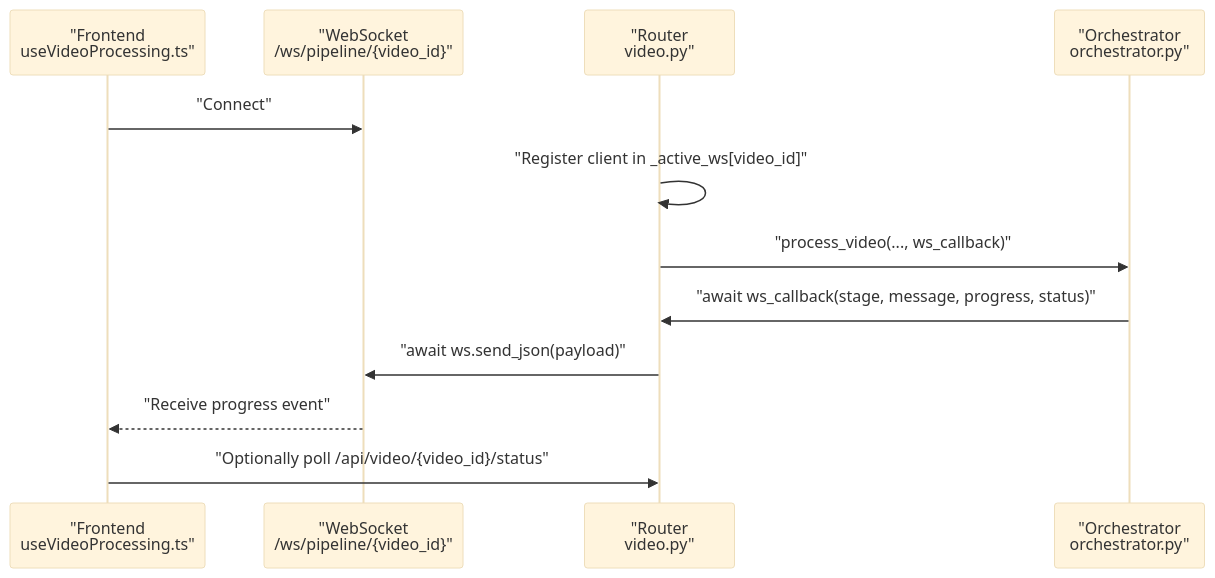
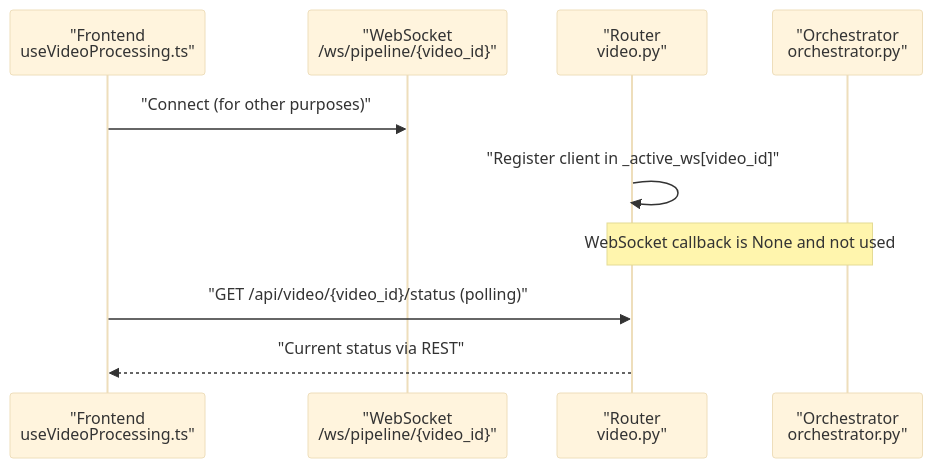
The sixth of 8 diagrams in .qoder/repowiki/en/content/Media Processing Pipeline/Pipeline Overview and Architecture.md (alexandreybasta-cyber/dubai-media-ai), drawn with Mermaid (base theme) before and after one commit. The commit also changed other lines of this file and 19 other files, not shown here.

````diff
--- a/.qoder/repowiki/en/content/Media Processing Pipeline/Pipeline Overview and Architecture.md
+++ b/.qoder/repowiki/en/content/Media Processing Pipeline/Pipeline Overview and Architecture.md
@@ -429,14 +443,12 @@
 ```mermaid
 sequenceDiagram
 participant FE as "Frontend<br/>useVideoProcessing.ts"
 participant WS as "WebSocket<br/>/ws/pipeline/{video_id}"
 participant API as "Router<br/>video.py"
 participant ORCH as "Orchestrator<br/>orchestrator.py"
-FE->>WS : "Connect"
+FE->>WS : "Connect (for other purposes)"
 API->>API : "Register client in _active_ws[video_id]"
-API->>ORCH : "process_video(..., ws_callback)"
-ORCH->>API : "await ws_callback(stage, message, progress, status)"
-API->>WS : "await ws.send_json(payload)"
-WS-->>FE : "Receive progress event"
-FE->>API : "Optionally poll /api/video/{video_id}/status"
+Note over API,ORCH : WebSocket callback is None and not used
+FE->>API : "GET /api/video/{video_id}/status (polling)"
+API-->>FE : "Current status via REST"
 ```
````
